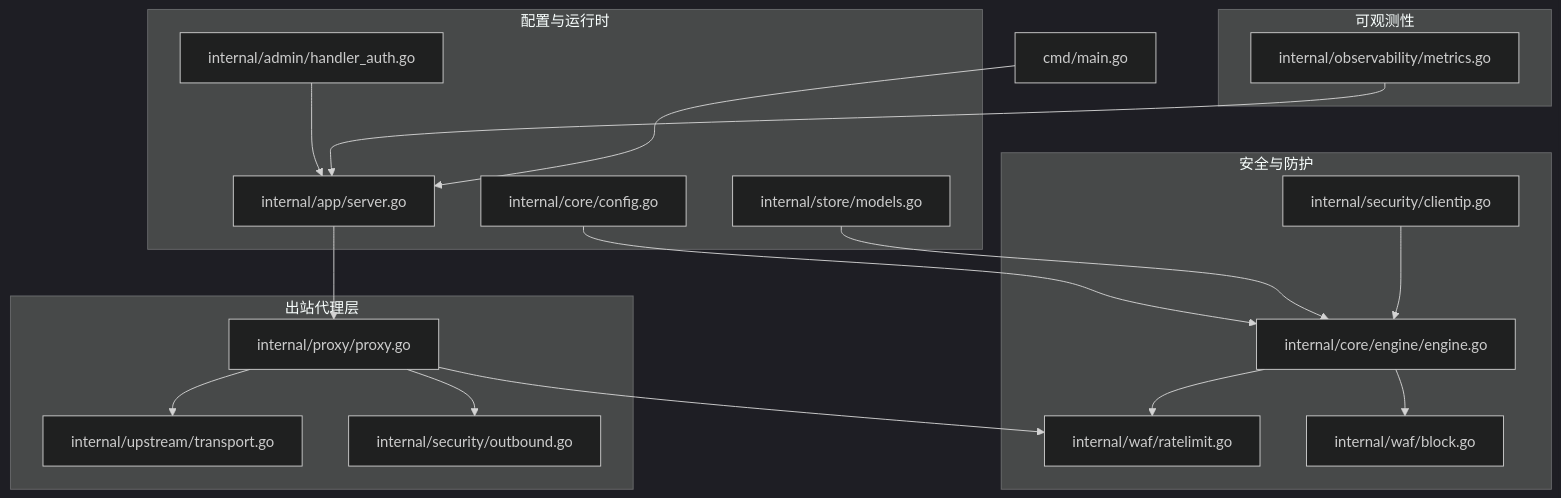
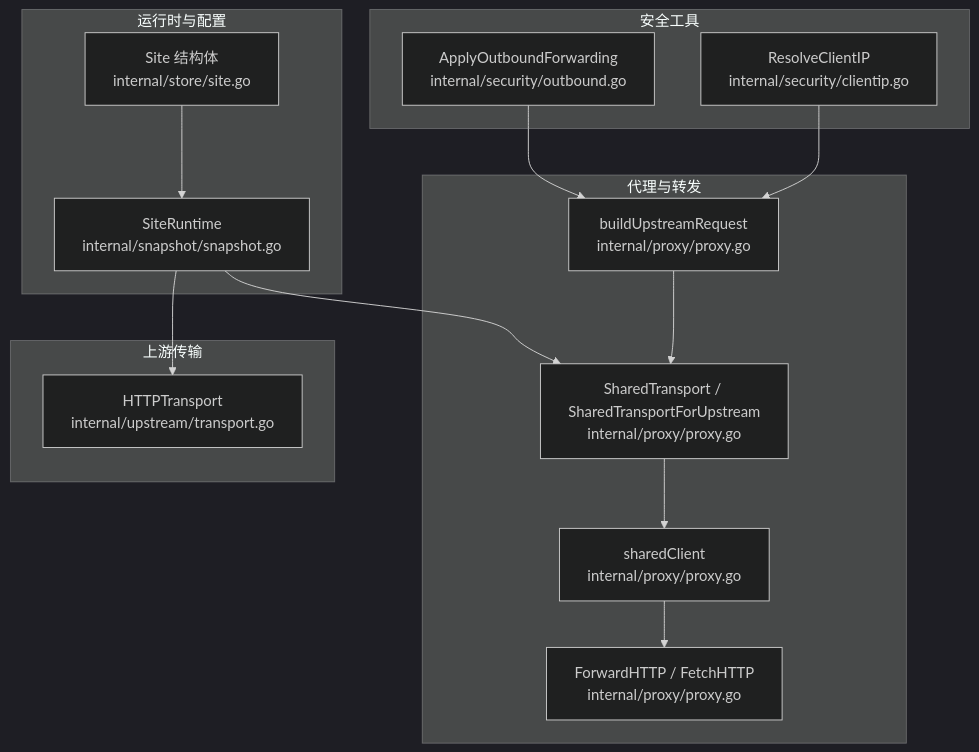
One commit to x01n/My-OpenWaf changed the first of 8 diagrams in docs/安全机制/出站安全控制.md. Above: the diagram before and after it, drawn with Mermaid (dark theme). The commit also changed other lines of this file and 199 other files, not shown here.

````diff
--- a/docs/安全机制/出站安全控制.md
+++ b/docs/安全机制/出站安全控制.md
@@ -55,36 +44,28 @@
 ```mermaid
 graph TB
-subgraph "出站代理层"
-P["internal/proxy/proxy.go"]
-U["internal/upstream/transport.go"]
-S["internal/security/outbound.go"]
+subgraph "安全工具"
+SEC_OUT["ApplyOutboundForwarding<br/>internal/security/outbound.go"]
+SEC_IP["ResolveClientIP<br/>internal/security/clientip.go"]
 end
-subgraph "安全与防护"
-RL["internal/waf/ratelimit.go"]
-ENG["internal/core/engine/engine.go"]
-BLK["internal/waf/block.go"]
-CLI["internal/security/clientip.go"]
+subgraph "代理与转发"
+PRX["SharedTransport / SharedTransportForUpstream<br/>internal/proxy/proxy.go"]
+PRX_CLIENT["sharedClient<br/>internal/proxy/proxy.go"]
+PRX_REQ["buildUpstreamRequest<br/>internal/proxy/proxy.go"]
+PRX_FWD["ForwardHTTP / FetchHTTP<br/>internal/proxy/proxy.go"]
 end
-subgraph "配置与运行时"
-CFG["internal/core/config.go"]
-ST["internal/store/models.go"]
-APP["internal/app/server.go"]
-AUTH["internal/admin/handler_auth.go"]
+subgraph "上游传输"
+UPT["HTTPTransport<br/>internal/upstream/transport.go"]
 end
-subgraph "可观测性"
-MET["internal/observability/metrics.go"]
+subgraph "运行时与配置"
+SNAP["SiteRuntime<br/>internal/snapshot/snapshot.go"]
+STORE_SITE["Site 结构体<br/>internal/store/site.go"]
 end
-CMD["cmd/main.go"]
-CMD --> APP
-APP --> P
-P --> U
-P --> S
-P --> RL
-ENG --> RL
-ENG --> BLK
-CLI --> ENG
-ST --> ENG
-CFG --> ENG
-MET --> APP
-AUTH --> APP
+SEC_IP --> PRX_REQ
+SEC_OUT --> PRX_REQ
+PRX_REQ --> PRX
+PRX --> PRX_CLIENT
+PRX_CLIENT --> PRX_FWD
+SNAP --> PRX
+STORE_SITE --> SNAP
+SNAP --> UPT
 ```
````
